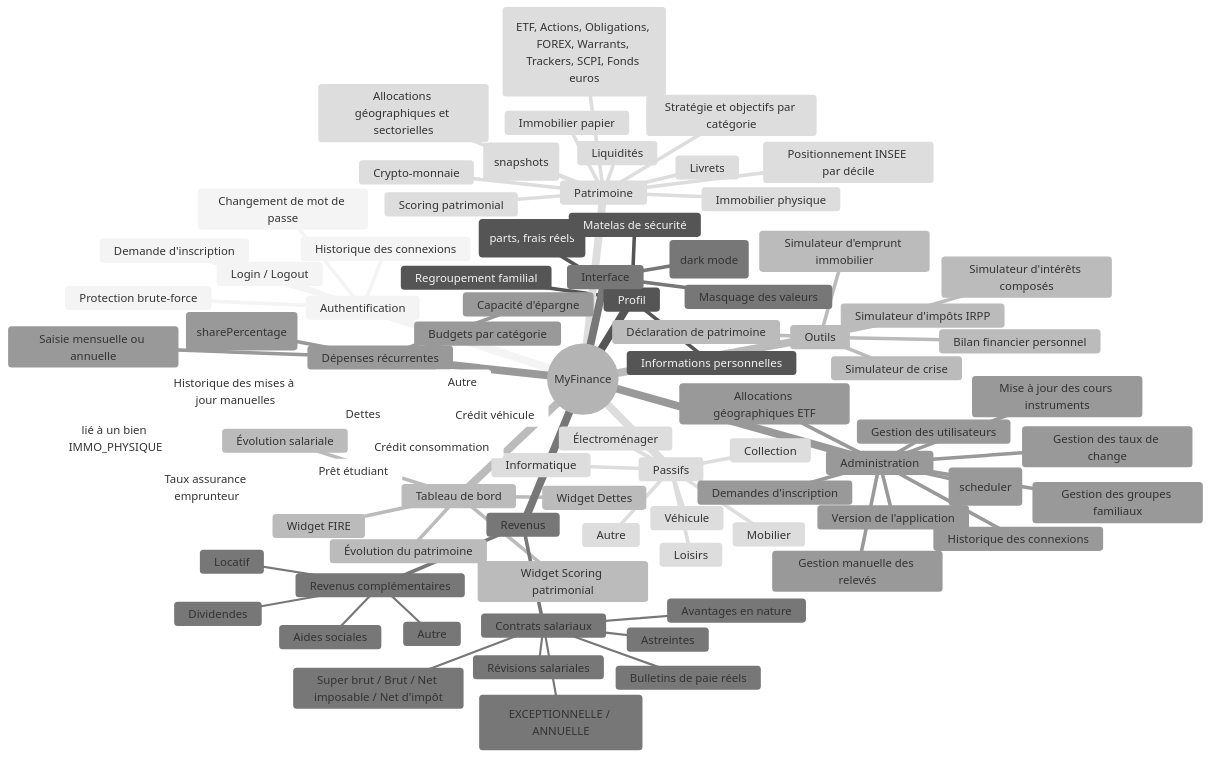
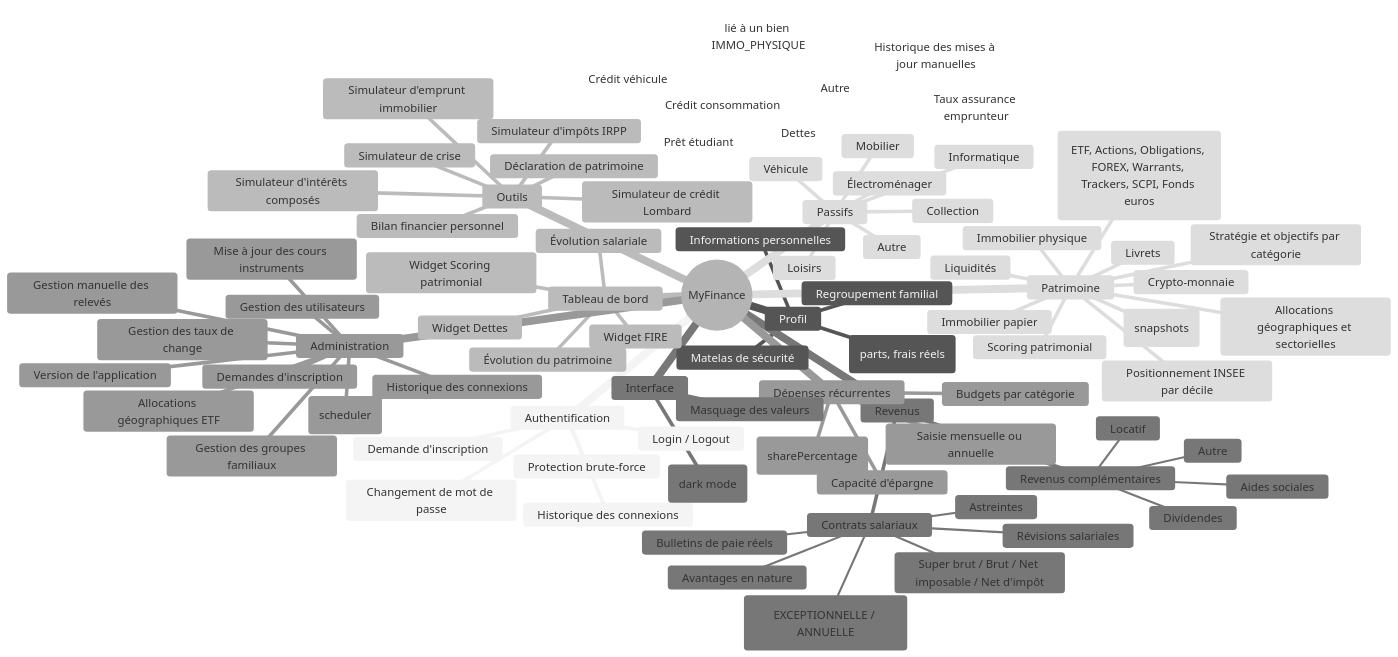
The diagram in docs/architecture/overview.md (Neogost/MyFinance), drawn with Mermaid (neutral theme) before and after one commit. The commit also changed other lines of this file and 7 other files, not shown here.

First line of the commit message:
docs+test(lombard): documenter le simulateur Lombard et ajouter ses tests unitaires

```diff
--- a/docs/architecture/overview.md
+++ b/docs/architecture/overview.md
@@ -92,6 +92,7 @@
         Bilan financier personnel
         Simulateur d'intérêts composés
         Simulateur d'emprunt immobilier
+        Simulateur de crédit Lombard
         Déclaration de patrimoine
         Simulateur de crise
     Administration
```
